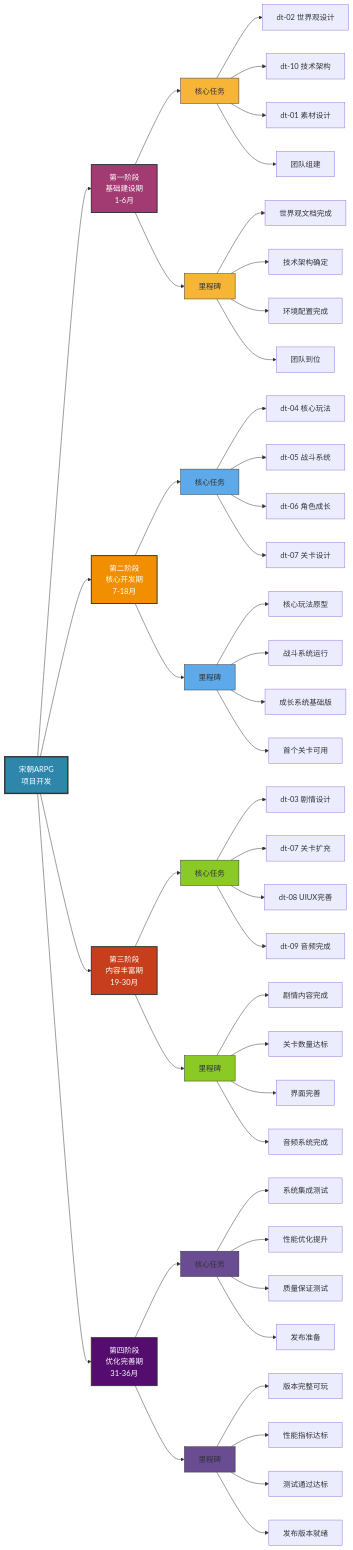
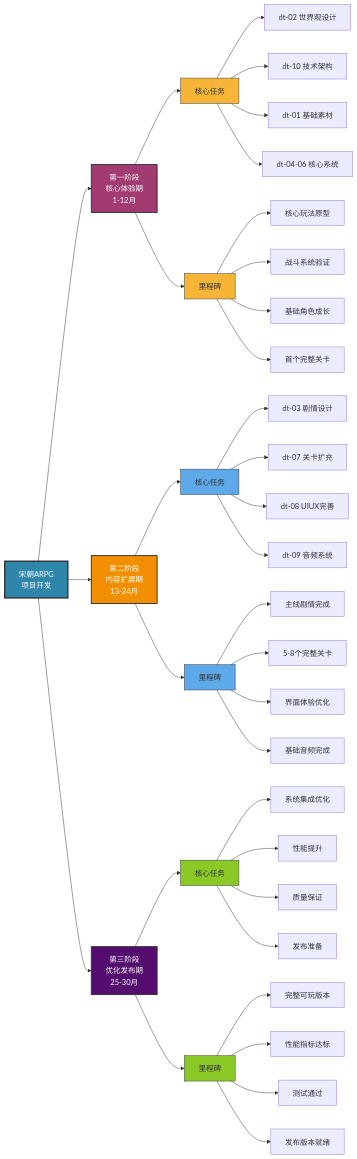
Before and after one commit to chutianshu1981/AwesomeUnityTutorial: the diagram in AI驱动游戏创作101/dtd/dt-00-计划任务总纲.md, drawn with Mermaid. The commit also changed other lines of this file and 13 other files, not shown here.

````diff
--- a/AI驱动游戏创作101/dtd/dt-00-计划任务总纲.md
+++ b/AI驱动游戏创作101/dtd/dt-00-计划任务总纲.md
@@ -98,70 +98,54 @@
 ```mermaid
 graph LR
-    A[宋朝ARPG<br/>项目开发] --> B[第一阶段<br/>基础建设期<br/>1-6月]
-    A --> C[第二阶段<br/>核心开发期<br/>7-18月]
-    A --> D[第三阶段<br/>内容丰富期<br/>19-30月]
-    A --> E[第四阶段<br/>优化完善期<br/>31-36月]
+    A[宋朝ARPG<br/>项目开发] --> B[第一阶段<br/>核心体验期<br/>1-12月]
+    A --> C[第二阶段<br/>内容扩展期<br/>13-24月]
+    A --> D[第三阶段<br/>优化发布期<br/>25-30月]
     
     B --> B1[核心任务]
     B1 --> B1a[dt-02 世界观设计]
     B1 --> B1b[dt-10 技术架构]
-    B1 --> B1c[dt-01 素材设计]
-    B1 --> B1d[团队组建]
+    B1 --> B1c[dt-01 基础素材]
+    B1 --> B1d[dt-04-06 核心系统]
     
     B --> B2[里程碑]
-    B2 --> B2a[世界观文档完成]
-    B2 --> B2b[技术架构确定]
-    B2 --> B2c[环境配置完成]
-    B2 --> B2d[团队到位]
+    B2 --> B2a[核心玩法原型]
+    B2 --> B2b[战斗系统验证]
+    B2 --> B2c[基础角色成长]
+    B2 --> B2d[首个完整关卡]
     
     C --> C1[核心任务]
-    C1 --> C1a[dt-04 核心玩法]
-    C1 --> C1b[dt-05 战斗系统]
-    C1 --> C1c[dt-06 角色成长]
-    C1 --> C1d[dt-07 关卡设计]
+    C1 --> C1a[dt-03 剧情设计]
+    C1 --> C1b[dt-07 关卡扩充]
+    C1 --> C1c[dt-08 UIUX完善]
+    C1 --> C1d[dt-09 音频系统]
     
     C --> C2[里程碑]
-    C2 --> C2a[核心玩法原型]
-    C2 --> C2b[战斗系统运行]
-    C2 --> C2c[成长系统基础版]
-    C2 --> C2d[首个关卡可用]
+    C2 --> C2a[主线剧情完成]
+    C2 --> C2b[5-8个完整关卡]
+    C2 --> C2c[界面体验优化]
+    C2 --> C2d[基础音频完成]
     
     D --> D1[核心任务]
-    D1 --> D1a[dt-03 剧情设计]
-    D1 --> D1b[dt-07 关卡扩充]
-    D1 --> D1c[dt-08 UIUX完善]
-    D1 --> D1d[dt-09 音频完成]
+    D1 --> D1a[系统集成优化]
+    D1 --> D1b[性能提升]
+    D1 --> D1c[质量保证]
+    D1 --> D1d[发布准备]
     
     D --> D2[里程碑]
-    D2 --> D2a[剧情内容完成]
-    D2 --> D2b[关卡数量达标]
-    D2 --> D2c[界面完善]
-    D2 --> D2d[音频系统完成]
-    
-    E --> E1[核心任务]
-    E1 --> E1a[系统集成测试]
-    E1 --> E1b[性能优化提升]
-    E1 --> E1c[质量保证测试]
-    E1 --> E1d[发布准备]
-    
-    E --> E2[里程碑]
-    E2 --> E2a[版本完整可玩]
-    E2 --> E2b[性能指标达标]
-    E2 --> E2c[测试通过达标]
-    E2 --> E2d[发布版本就绪]
+    D2 --> D2a[完整可玩版本]
+    D2 --> D2b[性能指标达标]
+    D2 --> D2c[测试通过]
+    D2 --> D2d[发布版本就绪]
     
     style A fill:#2E86AB,stroke:#333,stroke-width:3px,color:#fff
     style B fill:#A23B72,stroke:#333,stroke-width:2px,color:#fff
     style C fill:#F18F01,stroke:#333,stroke-width:2px,color:#fff
-    style D fill:#C73E1D,stroke:#333,stroke-width:2px,color:#fff
-    style E fill:#540D6E,stroke:#333,stroke-width:2px,color:#fff
+    style D fill:#540D6E,stroke:#333,stroke-width:2px,color:#fff
     
     style B1 fill:#F7B538,stroke:#333,stroke-width:1px
     style B2 fill:#F7B538,stroke:#333,stroke-width:1px
     style C1 fill:#5DA9E9,stroke:#333,stroke-width:1px
     style C2 fill:#5DA9E9,stroke:#333,stroke-width:1px
     style D1 fill:#8AC926,stroke:#333,stroke-width:1px
     style D2 fill:#8AC926,stroke:#333,stroke-width:1px
-    style E1 fill:#6A4C93,stroke:#333,stroke-width:1px
-    style E2 fill:#6A4C93,stroke:#333,stroke-width:1px
 ```
````
